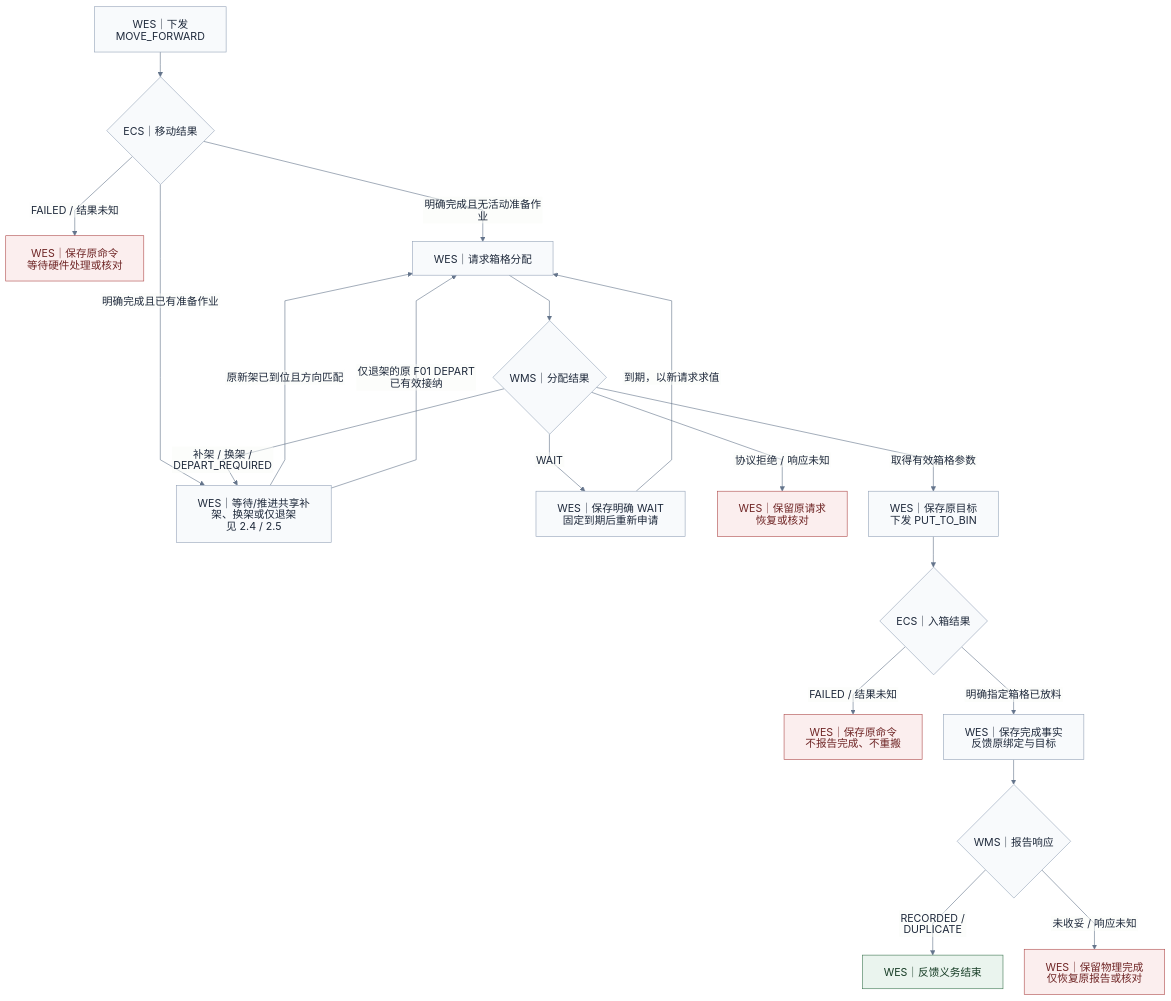
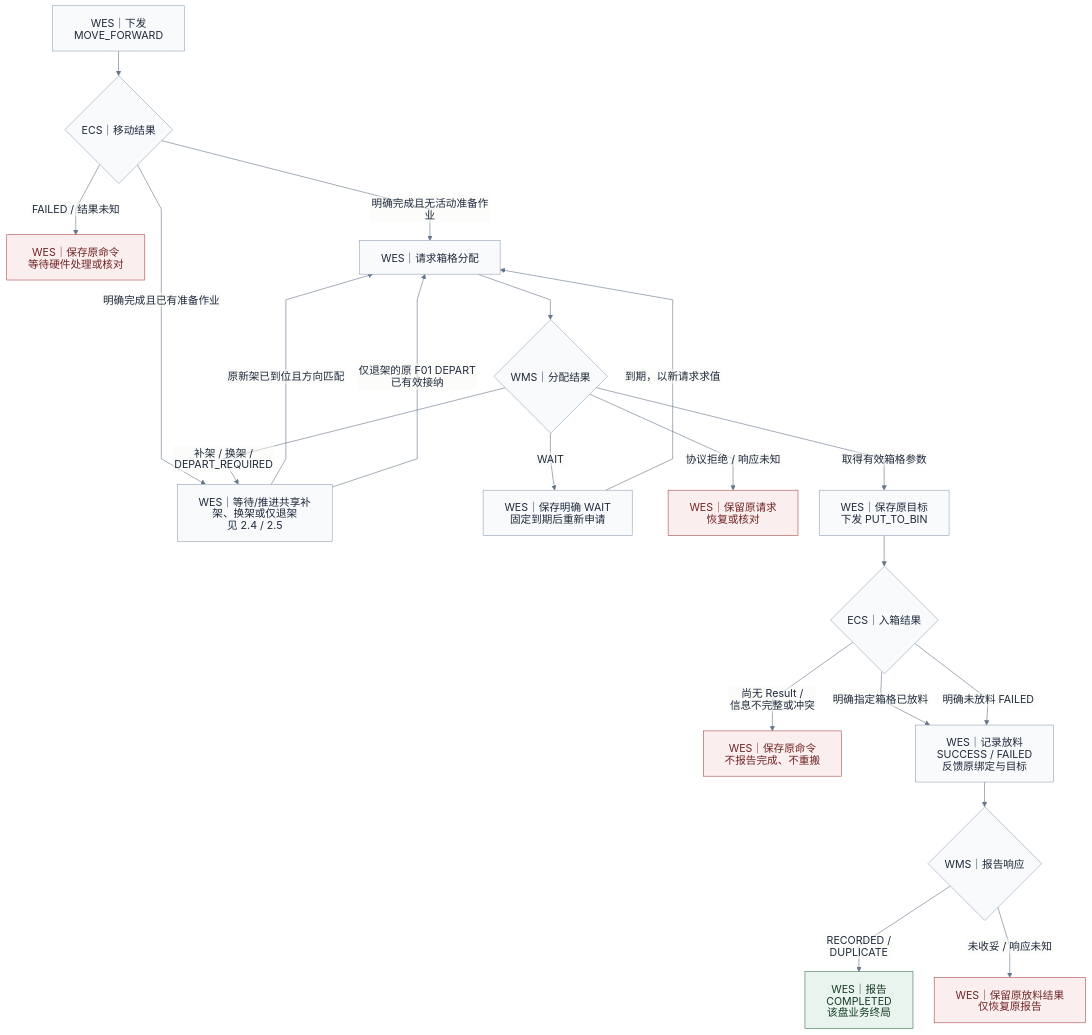
Before and after one commit to kaizhoumasha/maintenance-admin: the second of 5 diagrams in docs/integrations/coarse-sorting-api-draft.md, drawn with Mermaid. The commit also changed other lines of this file and 3 other files, not shown here.

Commit message:
docs: 明确粗分报告收妥终局并同步失败流程图

````diff
--- a/docs/integrations/coarse-sorting-api-draft.md
+++ b/docs/integrations/coarse-sorting-api-draft.md
@@ -95,41 +95,42 @@
 ```mermaid
 %%{init: {"htmlLabels":false,"theme":"base","flowchart":{"htmlLabels":false,"padding":18,"nodeSpacing":36,"rankSpacing":42,"curve":"linear"},"themeVariables":{"fontFamily":"sans-serif","fontSize":"18px","primaryColor":"#f8fafc","primaryTextColor":"#1e293b","primaryBorderColor":"#94a3b8","lineColor":"#64748b"}}}%%
 flowchart TB
     start["WES｜下发 MOVE_FORWARD"]
     move{"ECS｜移动结果"}
     movePending["WES｜保存原命令<br/>等待硬件处理或核对"]
     request["WES｜请求箱格分配"]
     allocate{"WMS｜分配结果"}
     rackPrepare["WES｜等待/推进共享补架、换架或仅退架<br/>见 2.4 / 2.5"]
     wait["WES｜保存明确 WAIT<br/>固定到期后重新申请"]
     requestPending["WES｜保留原请求<br/>恢复或核对"]
     command["WES｜保存原目标<br/>下发 PUT_TO_BIN"]
     put{"ECS｜入箱结果"}
     putPending["WES｜保存原命令<br/>不报告完成、不重搬"]
-    report["WES｜保存完成事实<br/>反馈原绑定与目标"]
+    report["WES｜记录放料 SUCCESS / FAILED<br/>反馈原绑定与目标"]
     receive{"WMS｜报告响应"}
-    reportPending["WES｜保留物理完成<br/>仅恢复原报告或核对"]
-    done["WES｜反馈义务结束"]
+    reportPending["WES｜保留原放料结果<br/>仅恢复原报告"]
+    done["WES｜报告 COMPLETED<br/>该盘业务终局"]
     start --> move
     move -->|明确完成且无活动准备作业| request
     move -->|明确完成且已有准备作业| rackPrepare
     move -->|FAILED / 结果未知| movePending
     request --> allocate
     allocate -->|取得有效箱格参数| command
     allocate -->|补架 / 换架 / DEPART_REQUIRED| rackPrepare
     allocate -->|WAIT| wait
     wait -->|到期，以新请求求值| request
     rackPrepare -->|原新架已到位且方向匹配| request
     rackPrepare -->|仅退架的原 F01 DEPART 已有效接纳| request
     allocate -->|协议拒绝 / 响应未知| requestPending
     command --> put
     put -->|明确指定箱格已放料| report
-    put -->|FAILED / 结果未知| putPending
+    put -->|明确未放料 FAILED| report
+    put -->|尚无 Result / 信息不完整或冲突| putPending
     report --> receive
     receive -->|RECORDED / DUPLICATE| done
     receive -->|未收妥 / 响应未知| reportPending
     classDef pending fill:#fbeeee,stroke:#af4b4b,color:#6f2525
     classDef completed fill:#eaf4ee,stroke:#3d7651,color:#163c25
     class movePending,requestPending,putPending,reportPending pending
     class done completed
 ```
````
